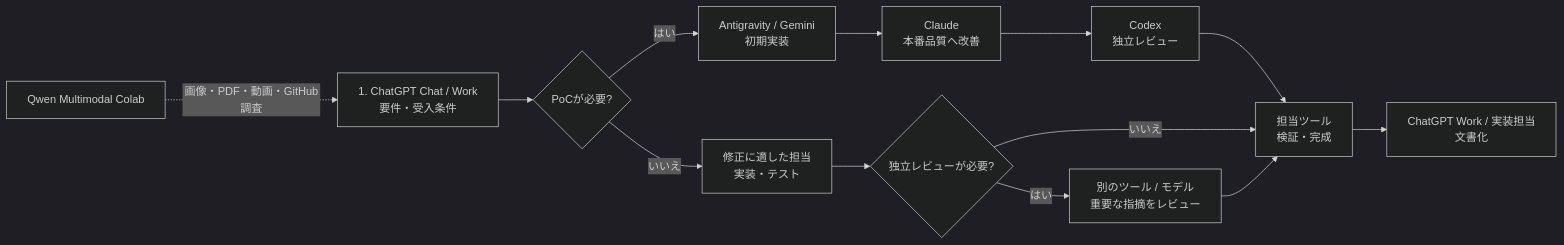
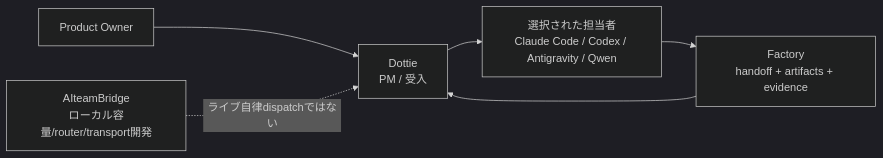
One commit to moruku36/multi-ai-workflow changed the diagram in README.ja.md. Above: the diagram before and after it, drawn with Mermaid (dark theme). The commit also changed other lines of this file and 18 other files, not shown here.

````diff
--- a/README.ja.md
+++ b/README.ja.md
@@ -75,16 +28,8 @@
 ```mermaid
 flowchart LR
-    A["1. ChatGPT Chat / Work<br/>要件・受入条件"] --> B{"PoCが必要?"}
-    B -->|はい| P["Antigravity / Gemini<br/>初期実装"]
-    B -->|いいえ| C["修正に適した担当<br/>実装・テスト"]
-    P --> H["Claude<br/>本番品質へ改善"]
-    H --> X["Codex<br/>独立レビュー"]
-    X --> E
-    C --> D{"独立レビューが必要?"}
-    D -->|はい| R["別のツール / モデル<br/>重要な指摘をレビュー"]
-    D -->|いいえ| E["担当ツール<br/>検証・完成"]
-    R --> E
-    E --> F["ChatGPT Work / 実装担当<br/>文書化"]
-
-    I["Qwen Multimodal Colab"] -. "画像・PDF・動画・GitHub調査" .-> A
+    U["Product Owner"] --> D["Dottie<br/>PM / 受入"]
+    D --> A["選択された担当者<br/>Claude Code / Codex / Antigravity / Qwen"]
+    A --> F["Factory<br/>handoff + artifacts + evidence"]
+    F --> D
+    B["AIteamBridge<br/>ローカル容量/router/transport開発"] -. "ライブ自律dispatchではない" .-> D
 ```
````
